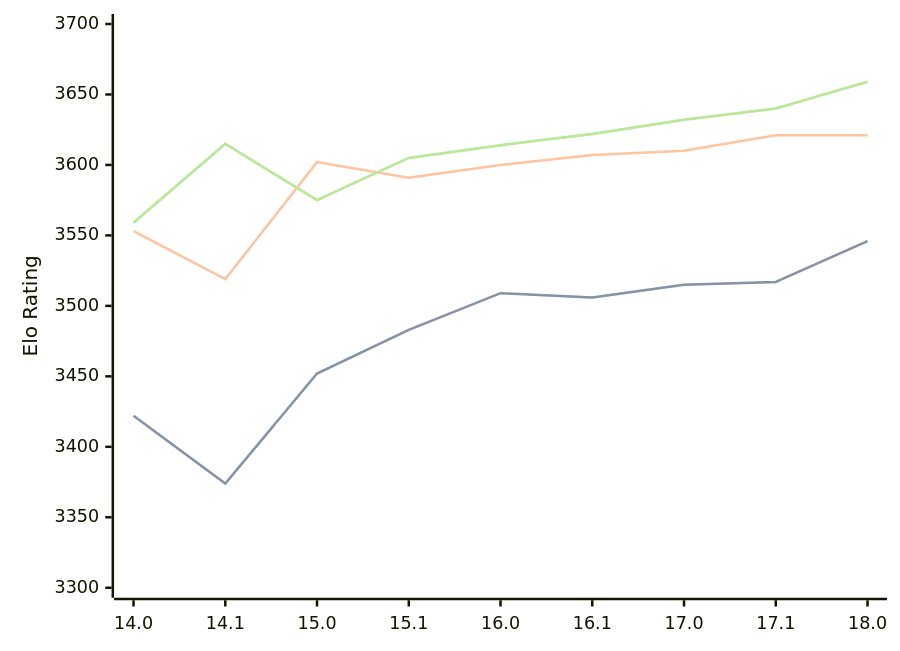
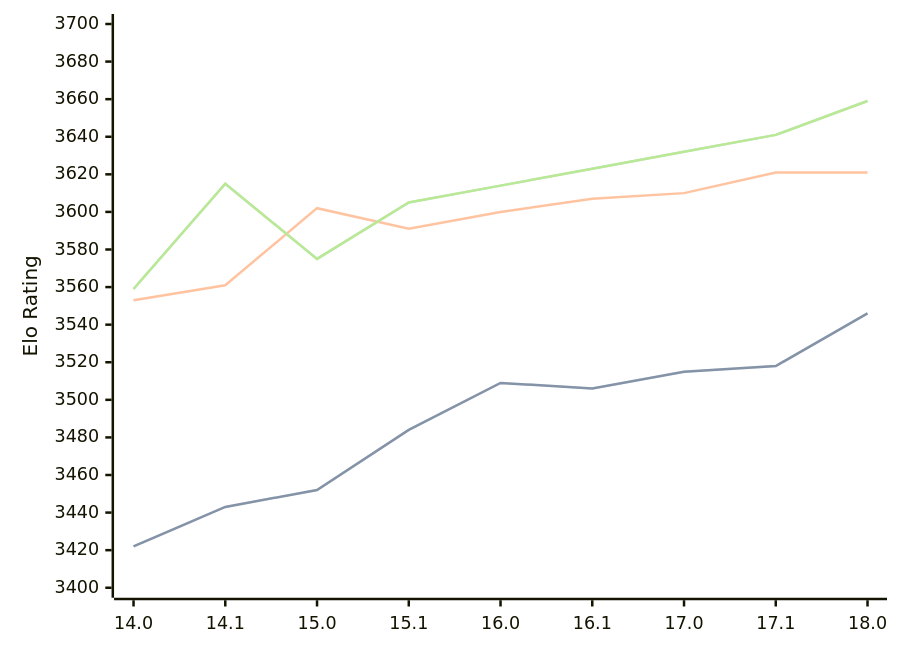
Before and after one commit to computer-chess-index/cci: the diagram in engines/Stockfish.md, drawn with Mermaid. The commit also changed other lines of this file, not shown here.

Commit message:
Update CCI Ratings (ELO VLTC) - 2026-02-16

````diff
--- a/engines/Stockfish.md
+++ b/engines/Stockfish.md
@@ -42,11 +42,11 @@
 ```mermaid
 %%{init: {"theme":"base","themeVariables":{"seriesColors:['#a3a3a3','#222221','#faa371']}}}%%
 xychart-beta
   x-axis ["14.0", "14.1", "15.0", "15.1", "16.0", "16.1", "17.0", "17.1", "18.0"]
-  y-axis "Elo Rating" 3300 --> 3700
-  line "STC (8.0+0.08s)" [3422, 3374, 3452, 3483, 3509, 3506, 3515, 3517, 3546]
-  line "STC (8.0+0.08s)" [3422, 3374, 3452, 3483, 3509, 3506, 3515, 3517, 3546]
-  line "LTC (60.0+0.60s)" [3553, 3519, 3602, 3591, 3600, 3607, 3610, 3621, 3621]
-  line "VLTC (2m24s+1.12s)" [3559, 3615, 3575, 3605, 3614, 3622, 3632, 3640, 3659]
-  line "VLTC (2m24s+1.12s)" [3559, 3615, 3575, 3605, 3614, 3622, 3632, 3640, 3659]
+  y-axis "Elo Rating" 3400 --> 3700
+  line "STC (8.0+0.08s)" [3422, 3443, 3452, 3484, 3509, 3506, 3515, 3518, 3546]
+  line "STC (8.0+0.08s)" [3422, 3443, 3452, 3484, 3509, 3506, 3515, 3518, 3546]
+  line "LTC (60.0+0.60s)" [3553, 3561, 3602, 3591, 3600, 3607, 3610, 3621, 3621]
+  line "VLTC (2m24s+1.12s)" [3559, 3615, 3575, 3605, 3614, 3623, 3632, 3641, 3659]
+  line "VLTC (2m24s+1.12s)" [3559, 3615, 3575, 3605, 3614, 3623, 3632, 3641, 3659]
 ```
````
